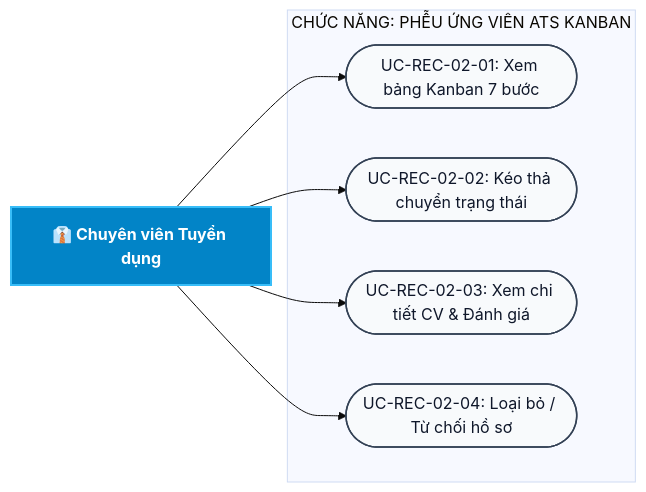
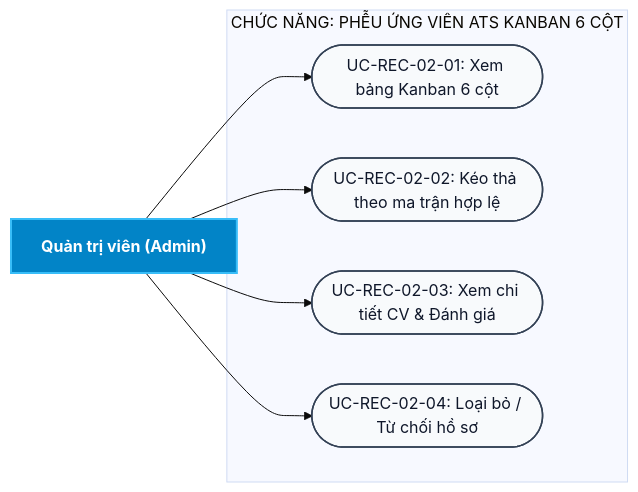
Before and after one commit to aye2710/HRM-DATN: the eighth of 46 diagrams in docs/Các biểu đồ/So_Do_Use_Case_Tong_Quat_HRM.md, drawn with Mermaid (base theme). The commit also changed other lines of this file and 69 other files, not shown here.

First line of the commit message:
feat(ess,auth,docs): isolate portal auth, upgrade employee portal UI & sync diagrams

````diff
--- a/docs/Các biểu đồ/So_Do_Use_Case_Tong_Quat_HRM.md
+++ b/docs/Các biểu đồ/So_Do_Use_Case_Tong_Quat_HRM.md
@@ -483,21 +571,21 @@
 ```mermaid
 flowchart LR
-    ADMIN["👔 Chuyên viên Tuyển dụng"]
+    ADMIN["Quản trị viên (Admin)"]
 
-    subgraph FUNC_ATS ["CHỨC NĂNG: PHỄU ỨNG VIÊN ATS KANBAN"]
-        UC1(["UC-REC-02-01: Xem bảng Kanban 7 bước"])
-        UC2(["UC-REC-02-02: Kéo thả chuyển trạng thái"])
+    subgraph FUNC_ATS ["CHỨC NĂNG: PHỄU ỨNG VIÊN ATS KANBAN 6 CỘT"]
+        UC1(["UC-REC-02-01: Xem bảng Kanban 6 cột"])
+        UC2(["UC-REC-02-02: Kéo thả theo ma trận hợp lệ"])
         UC3(["UC-REC-02-03: Xem chi tiết CV & Đánh giá"])
         UC4(["UC-REC-02-04: Loại bỏ / Từ chối hồ sơ"])
     end
 
     ADMIN --> UC1
     ADMIN --> UC2
     ADMIN --> UC3
     ADMIN --> UC4
 
     classDef actor fill:#0284c7,stroke:#38bdf8,stroke-width:2px,color:#ffffff,font-weight:bold;
     classDef uc fill:#f8fafc,stroke:#334155,stroke-width:1.5px,color:#0f172a;
     class ADMIN actor;
     class UC1,UC2,UC3,UC4 uc;
 ```
````
